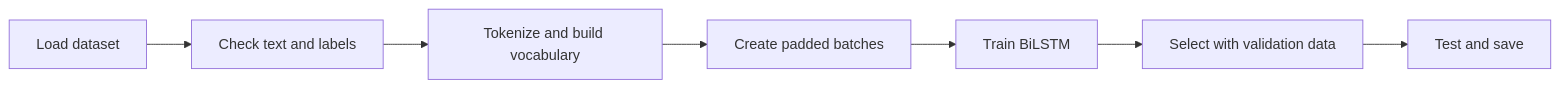
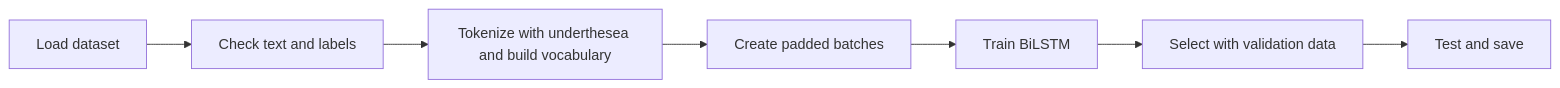
The first of 2 diagrams in WORKFLOW.md (nhatdevzizi/ABSA), drawn with Mermaid before and after one commit. The commit also changed other lines of this file and 2 other files, not shown here.

````diff
--- a/WORKFLOW.md
+++ b/WORKFLOW.md
@@ -9,9 +9,9 @@
 ```mermaid
 flowchart LR
     A[Load dataset] --> B[Check text and labels]
-    B --> C[Tokenize and build vocabulary]
+    B --> C[Tokenize with underthesea and build vocabulary]
     C --> D[Create padded batches]
     D --> E[Train BiLSTM]
     E --> F[Select with validation data]
     F --> G[Test and save]
 ```
````
